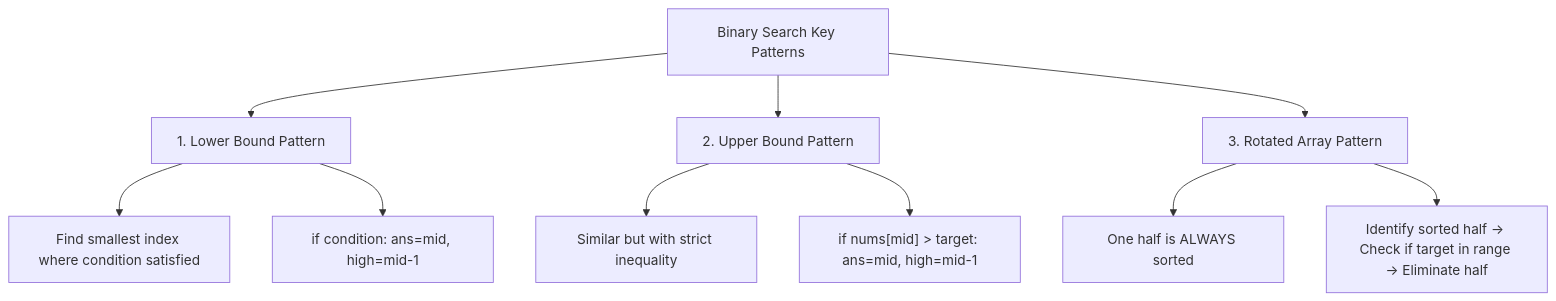
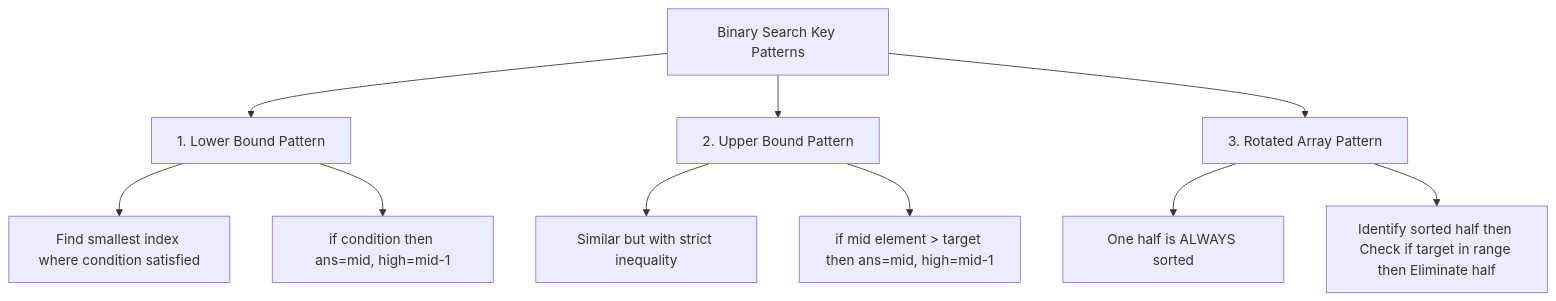
Before and after one commit to pentoshi007/tuf: diagram 14 of 14 in dsa/Advanced/04-Binary search/02-logic-building/logic-building-1.md, drawn with Mermaid. The commit also changed other lines of this file and 1 other file, not shown here.

First line of the commit message:
Fix Mermaid diagram syntax for GitHub compatibility

````diff
--- a/dsa/Advanced/04-Binary search/02-logic-building/logic-building-1.md
+++ b/dsa/Advanced/04-Binary search/02-logic-building/logic-building-1.md
@@ -769,15 +771,15 @@
 ```mermaid
 flowchart TB
     A["Binary Search Key Patterns"] --> B["1. Lower Bound Pattern"]
     A --> C["2. Upper Bound Pattern"]
     A --> D["3. Rotated Array Pattern"]
     
     B --> B1["Find smallest index where condition satisfied"]
-    B --> B2["if condition: ans=mid, high=mid-1"]
+    B --> B2["if condition then ans=mid, high=mid-1"]
     
     C --> C1["Similar but with strict inequality"]
-    C --> C2["if nums[mid] > target: ans=mid, high=mid-1"]
+    C --> C2["if mid element > target then ans=mid, high=mid-1"]
     
     D --> D1["One half is ALWAYS sorted"]
-    D --> D2["Identify sorted half → Check if target in range → Eliminate half"]
+    D --> D2["Identify sorted half then Check if target in range then Eliminate half"]
 ```
````
